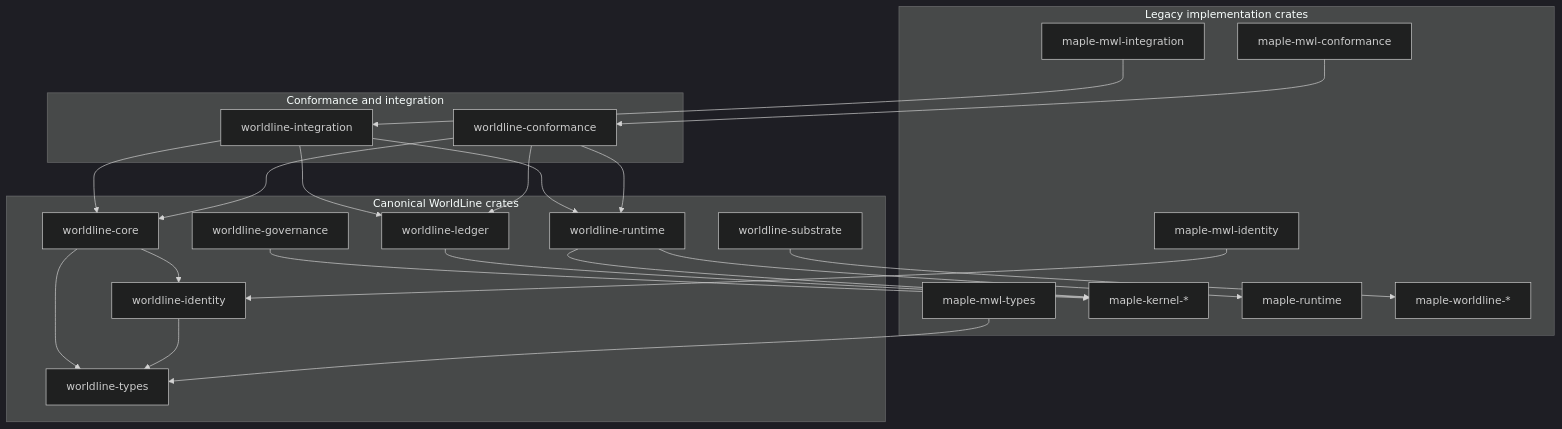
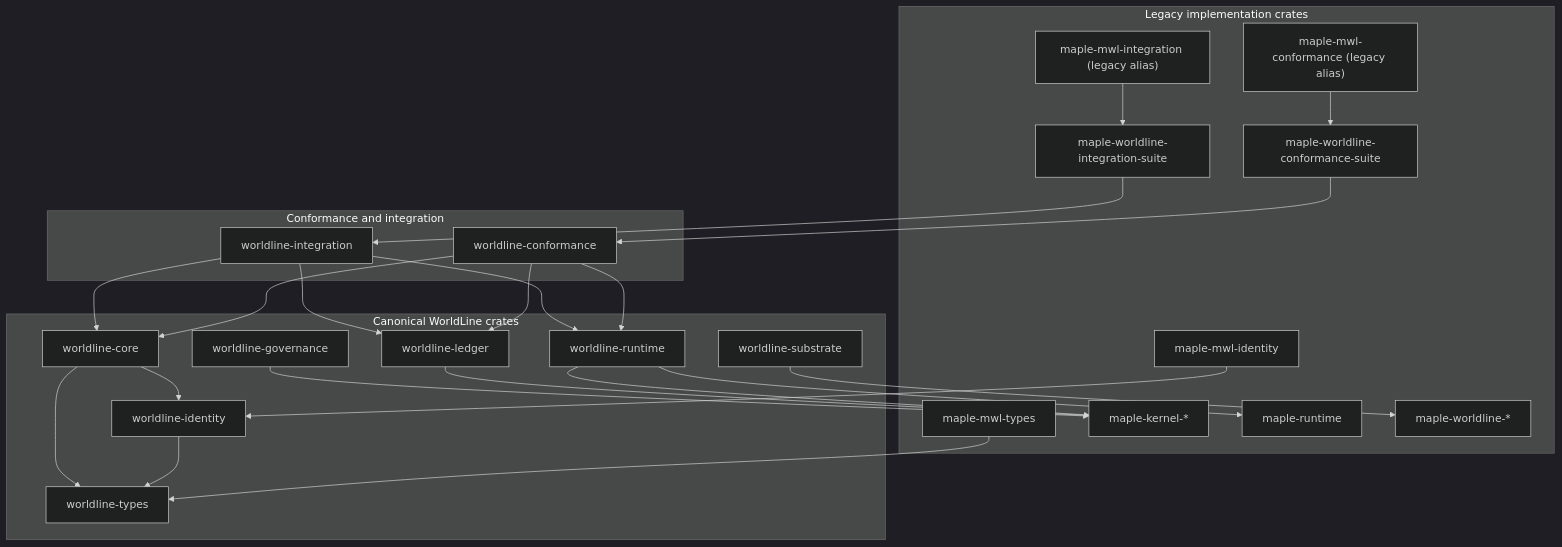
One commit to mapleaiorg/maple changed the first of 2 diagrams in docs/architecture/02-crate-layout.md. Above: the diagram before and after it, drawn with Mermaid (dark theme). The commit also changed other lines of this file and 52 other files, not shown here.

````diff
--- a/docs/architecture/02-crate-layout.md
+++ b/docs/architecture/02-crate-layout.md
@@ -63,47 +66,51 @@
 ```mermaid
 flowchart TB
   subgraph Canonical["Canonical WorldLine crates"]
     WT["worldline-types"]
     WI["worldline-identity"]
     WC["worldline-core"]
     WR["worldline-runtime"]
     WL["worldline-ledger"]
     WG["worldline-governance"]
     WS["worldline-substrate"]
   end
 
   subgraph Legacy["Legacy implementation crates"]
     MMT["maple-mwl-types"]
     MMI["maple-mwl-identity"]
     MK["maple-kernel-*"]
     MR["maple-runtime"]
     MWS["maple-worldline-*"]
-    MMC["maple-mwl-conformance"]
-    MMI2["maple-mwl-integration"]
+    MWCS["maple-worldline-conformance-suite"]
+    MWIS["maple-worldline-integration-suite"]
+    MMC["maple-mwl-conformance (legacy alias)"]
+    MMI2["maple-mwl-integration (legacy alias)"]
   end
 
   subgraph Validation["Conformance and integration"]
     MC["worldline-conformance"]
     MI["worldline-integration"]
   end
 
   MMT --> WT
   MMI --> WI
   WI --> WT
   WC --> WT
   WC --> WI
   WR --> MK
   WR --> MR
   WL --> MK
   WG --> MK
   WS --> MWS
 
   MC --> WC
   MC --> WR
   MC --> WL
-  MMC --> MC
+  MWCS --> MC
+  MMC --> MWCS
   MI --> WC
   MI --> WR
   MI --> WL
-  MMI2 --> MI
+  MWIS --> MI
+  MMI2 --> MWIS
 ```
````
